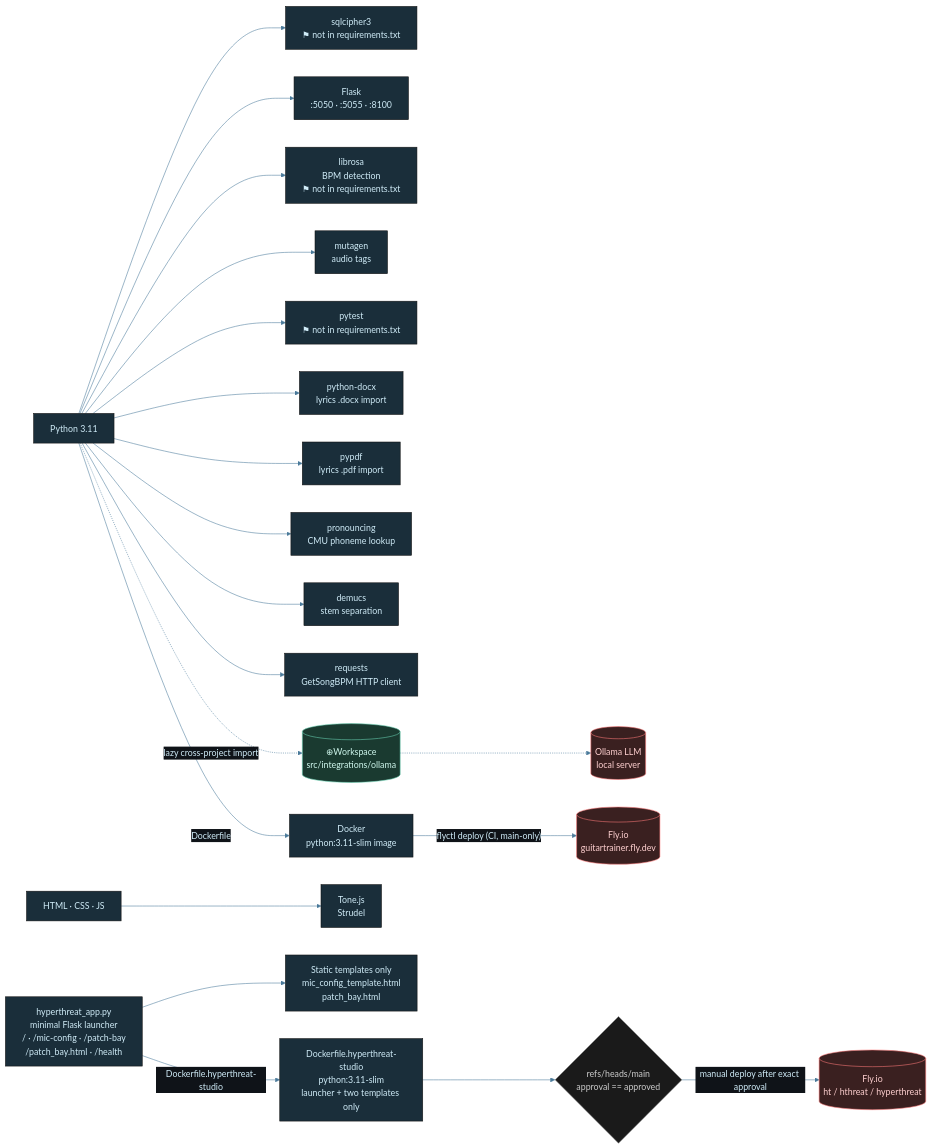
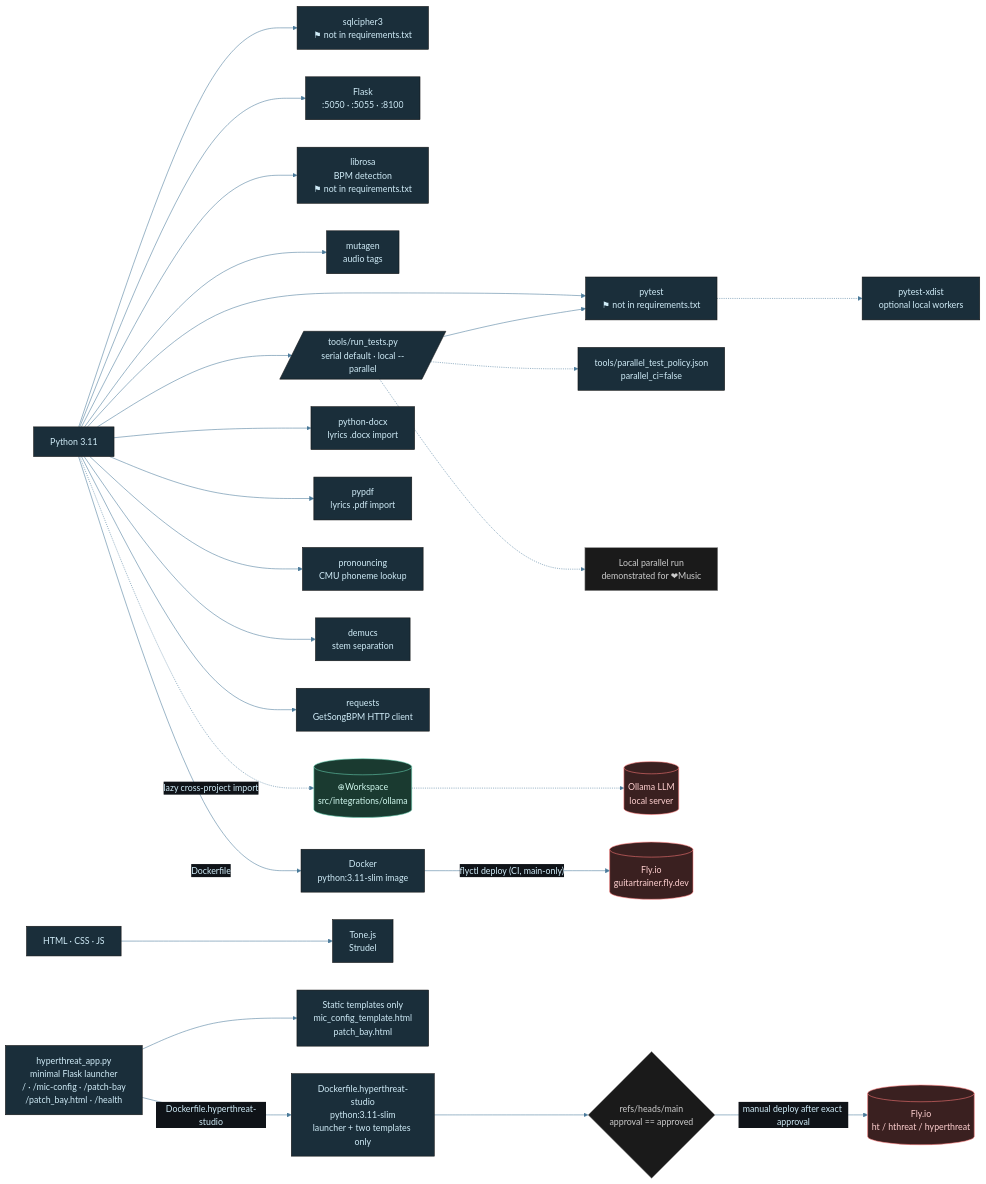
Before and after one commit to tylerdrakemusic/-Workspace: the diagram in diagrams/music-tech-stack.mmd, drawn with Mermaid. The commit also changed 14 other files, not shown here.

Commit message:
⊕ workspace: package parallel test execution

```diff
--- a/diagrams/music-tech-stack.mmd
+++ b/diagrams/music-tech-stack.mmd
@@ -1,41 +1,47 @@
 %%{init: {'theme': 'base', 'themeVariables': {'primaryColor': '#1a2e3a', 'primaryTextColor': '#d0ecf8', 'edgeLabelBackground': '#0f1318', 'lineColor': '#4a7a9a'}}}%%
 graph LR
     Python[Python 3.11] --> SQLCipher["sqlcipher3<br/>⚑ not in requirements.txt"]
     Python --> Flask[Flask<br/>:5050 · :5055 · :8100]
     Python --> Librosa["librosa<br/>BPM detection<br/>⚑ not in requirements.txt"]
     Python --> Mutagen[mutagen<br/>audio tags]
     Python --> Pytest["pytest<br/>⚑ not in requirements.txt"]
+    Python --> TestRunner[/tools/run_tests.py<br/>serial default · local --parallel/]
+    TestRunner --> Pytest
+    TestRunner -.-> TestPolicy[tools/parallel_test_policy.json<br/>parallel_ci=false]
+    Pytest -.-> Xdist[pytest-xdist<br/>optional local workers]
+    TestRunner -.-> ParallelEvidence[Local parallel run<br/>demonstrated for ❤Music]
     Python --> PythonDocx["python-docx<br/>lyrics .docx import"]
     Python --> Pypdf["pypdf<br/>lyrics .pdf import"]
     Python --> Pronouncing["pronouncing<br/>CMU phoneme lookup"]
     Python --> Demucs["demucs<br/>stem separation"]
     Python --> Requests[requests<br/>GetSongBPM HTTP client]
     Web[HTML · CSS · JS] --> Tone[Tone.js<br/>Strudel]
     Python -.->|lazy cross-project import| WSOllama[(⊕Workspace<br/>src/integrations/ollama)]
     WSOllama -.-> Ollama[(Ollama LLM<br/>local server)]
     Python -->|Dockerfile| Docker[Docker<br/>python:3.11-slim image] -->|"flyctl deploy (CI, main-only)"| FlyIO[(Fly.io<br/>guitartrainer.fly.dev)]
     HyperthreatLauncher["hyperthreat_app.py<br/>minimal Flask launcher<br/>/ · /mic-config · /patch-bay<br/>/patch_bay.html · /health"]
     HyperthreatTemplates["Static templates only<br/>mic_config_template.html<br/>patch_bay.html"]
     HyperthreatDocker["Dockerfile.hyperthreat-studio<br/>python:3.11-slim<br/>launcher + two templates only"]
     HyperthreatGate{"refs/heads/main<br/>approval == approved"}
     HyperthreatFly[(Fly.io<br/>ht / hthreat / hyperthreat)]
     HyperthreatLauncher --> HyperthreatTemplates
     HyperthreatLauncher -->|"Dockerfile.hyperthreat-studio"| HyperthreatDocker
     HyperthreatDocker --> HyperthreatGate
     HyperthreatGate -->|"manual deploy after exact approval"| HyperthreatFly
     class Python,Web lang
-    class SQLCipher,Flask,Librosa,Mutagen,Pytest,Tone,PythonDocx,Pypdf,Pronouncing,Demucs,Requests lib
+    class SQLCipher,Flask,Librosa,Mutagen,Pytest,TestRunner,TestPolicy,Xdist,Tone,PythonDocx,Pypdf,Pronouncing,Demucs,Requests lib
+    class ParallelEvidence state
     class WSOllama ws
     class Ollama,FlyIO,HyperthreatFly ext
     class HyperthreatLauncher,HyperthreatTemplates,HyperthreatDocker svc
     class HyperthreatGate state
 
 classDef life     fill:#1a2e3a,stroke:#6ab4d4,color:#d0ecf8
 classDef music    fill:#3a1a24,stroke:#d47a8f,color:#f8d0dc
 classDef quantum  fill:#251a3a,stroke:#a07adf,color:#e8d0f8
 classDef manifest fill:#3a2e1a,stroke:#d4a96a,color:#f8ead0
 classDef ws       fill:#1a3a30,stroke:#6ad4b4,color:#d0f8ee
 classDef tyler    fill:#2a1a3a,stroke:#9e4aff,color:#fff
 classDef ext      fill:#3a2020,stroke:#ff7a7a,color:#ffd0d0
 classDef db       fill:#3a3010,stroke:#d4c050,color:#f8f0c0
 classDef state    fill:#1a1a1a,stroke:#888888,color:#cccccc
```
